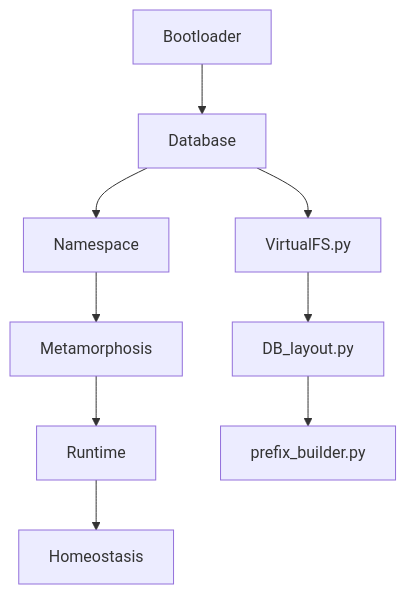
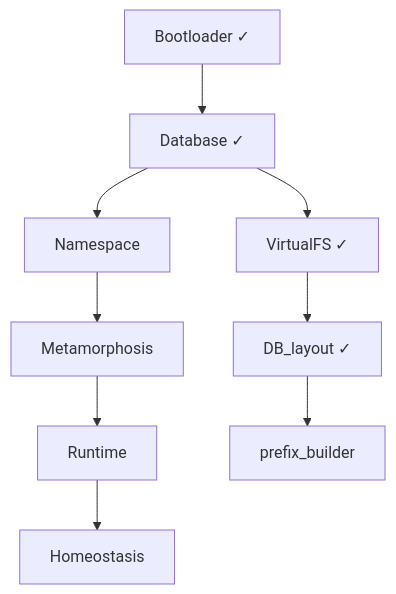
The diagram in communicators/Database/runtime_fs_design.md (AnalysisLabs/communicators), drawn with Mermaid before and after one commit. The commit also changed 18 other files, not shown here.

````diff
--- a/communicators/Database/runtime_fs_design.md
+++ b/communicators/Database/runtime_fs_design.md
@@ -5,10 +5,10 @@
 ```mermaid
 flowchart TD
     %% High-level conceptual chain
-    A[Bootloader] --> B[Database] --> D[Namespace] --> E[Metamorphosis] --> F[Runtime] --> G[Homeostasis]
+    A[Bootloader ✓] --> B[Database ✓] --> D[Namespace] --> E[Metamorphosis] --> F[Runtime] --> G[Homeostasis]
 
     %% Concrete sequence from DB_bootloader.py
-    V[VirtualFS.py] --> L[DB_layout.py] --> P[prefix_builder.py]
+    V[VirtualFS ✓] --> L[DB_layout ✓] --> P[prefix_builder]
     %% Cross-link 
     B --> V
 ```
````
